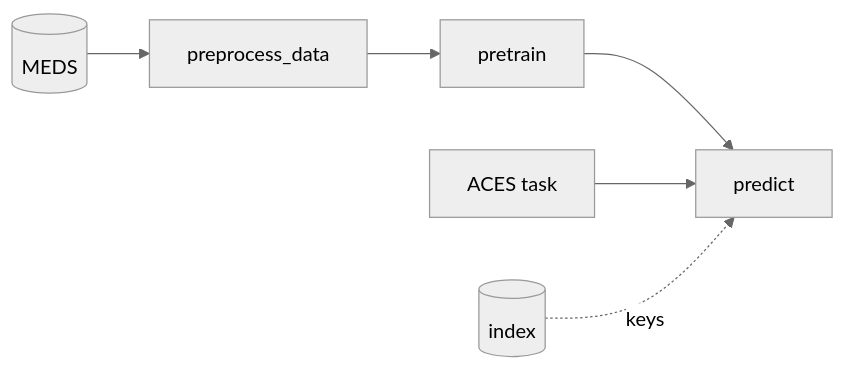
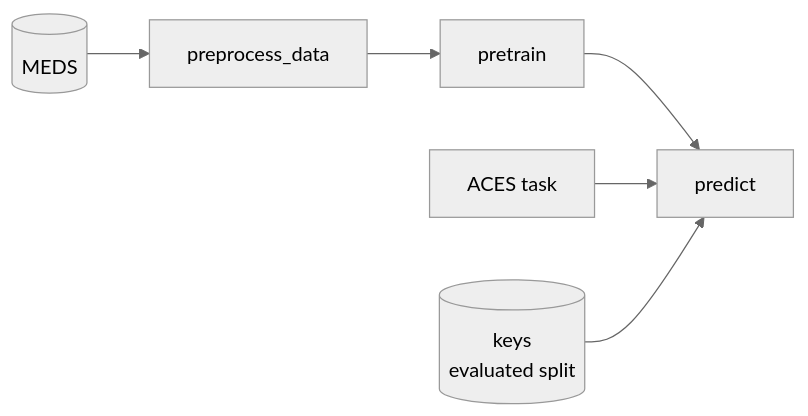
The fifth of 7 diagrams in docs/profiles.md (McDermottHealthAI/MEDS_algorithm_template), drawn with Mermaid (neutral theme) before and after one commit. The commit also changed other lines of this file and 6 other files, not shown here.

````diff
--- a/docs/profiles.md
+++ b/docs/profiles.md
@@ -94,6 +113,6 @@
-    ```mermaid
-    flowchart LR
-        d[(MEDS)] --> pp[preprocess_data] --> pt[pretrain] --> pr[predict]
-        t[ACES task] --> pr
-        l[(index)] -. keys .-> pr
-    ```
+```mermaid
+flowchart LR
+    d[(MEDS)] --> pp[preprocess_data] --> pt[pretrain] --> pr[predict]
+    t[ACES task] --> pr
+    keys[(keys<br/>evaluated split)] --> pr
+```
````
